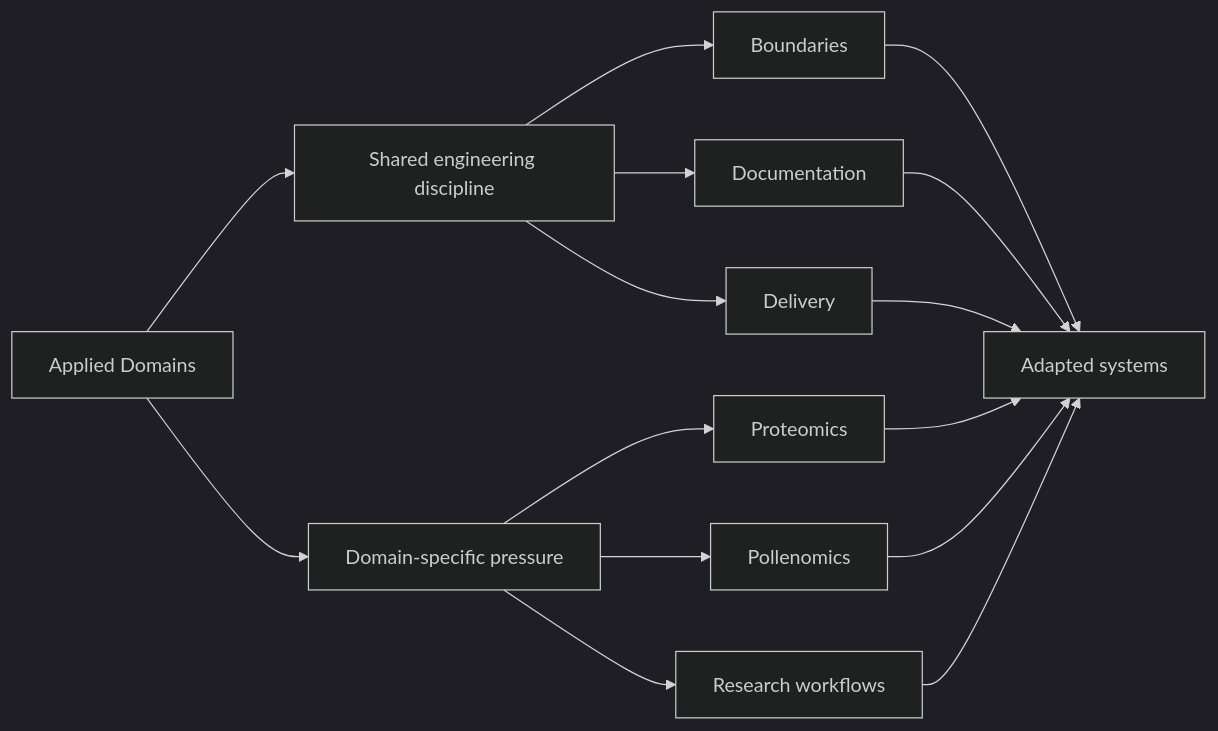
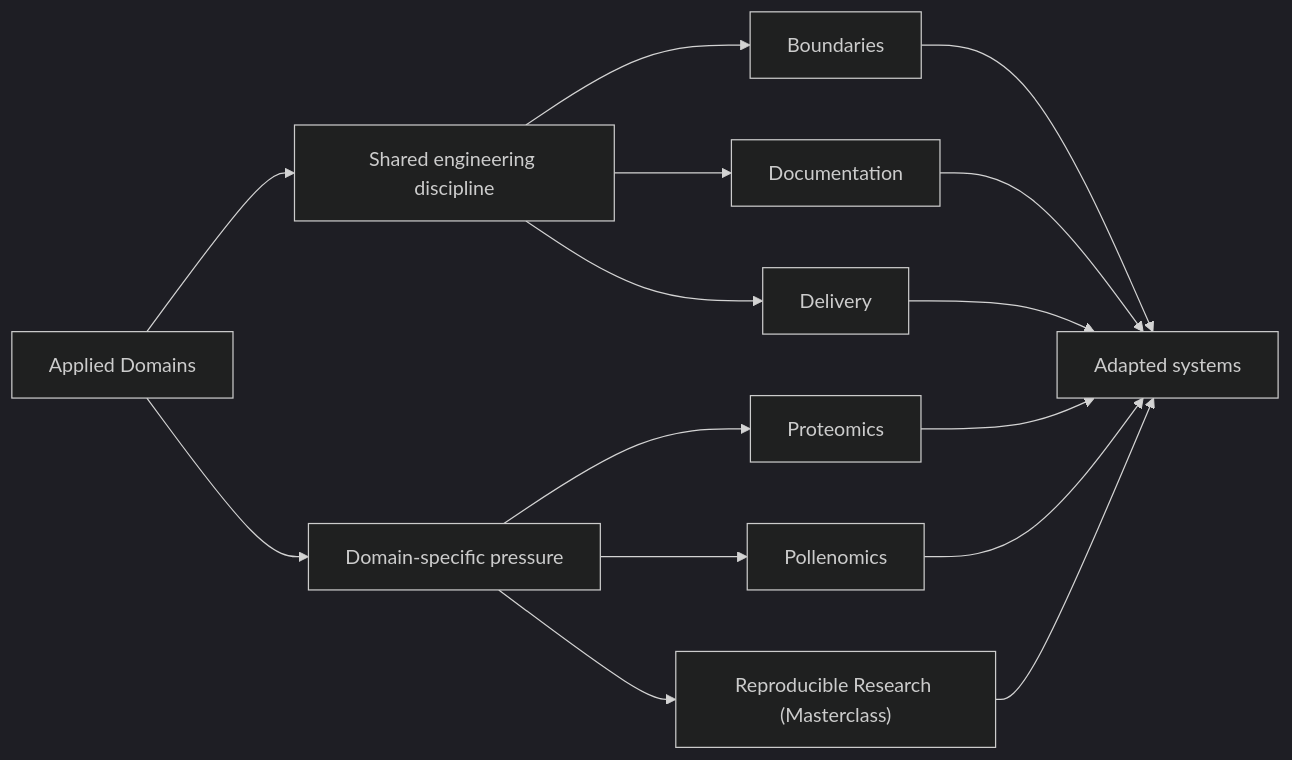
The diagram in docs/platform/applied-domains.md (bijux/bijux.github.io), drawn with Mermaid (dark theme) before and after one commit. The commit also changed other lines of this file, not shown here.

Commit message:
docs(applied-domains): narrow scope table and clarify research route

````diff
--- a/docs/platform/applied-domains.md
+++ b/docs/platform/applied-domains.md
@@ -20,20 +20,20 @@
 ```mermaid
 graph LR
     domains["Applied Domains"] --> shared["Shared engineering discipline"]
     domains --> pressure["Domain-specific pressure"]
 
     shared --> boundaries["Boundaries"]
     shared --> docs["Documentation"]
     shared --> delivery["Delivery"]
 
     pressure --> proteomics["Proteomics"]
     pressure --> pollenomics["Pollenomics"]
-    pressure --> research["Research workflows"]
+    pressure --> research["Reproducible Research (Masterclass)"]
 
     boundaries --> adapted["Adapted systems"]
     docs --> adapted
     delivery --> adapted
     proteomics --> adapted
     pollenomics --> adapted
     research --> adapted
 ```
````
